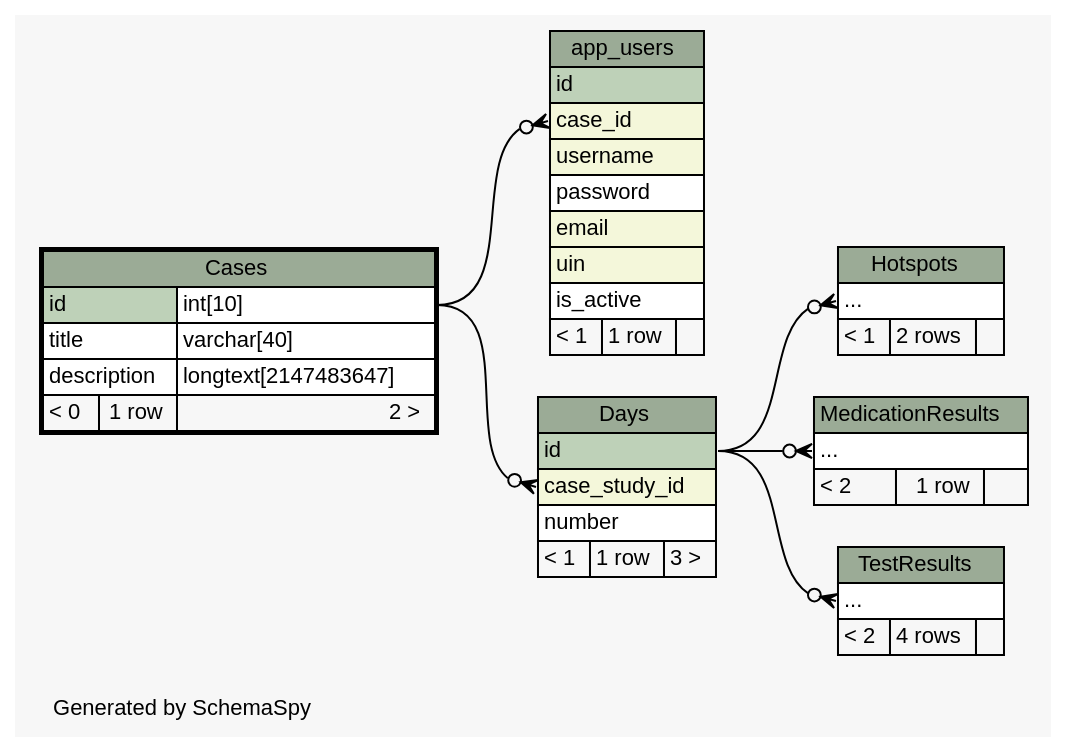
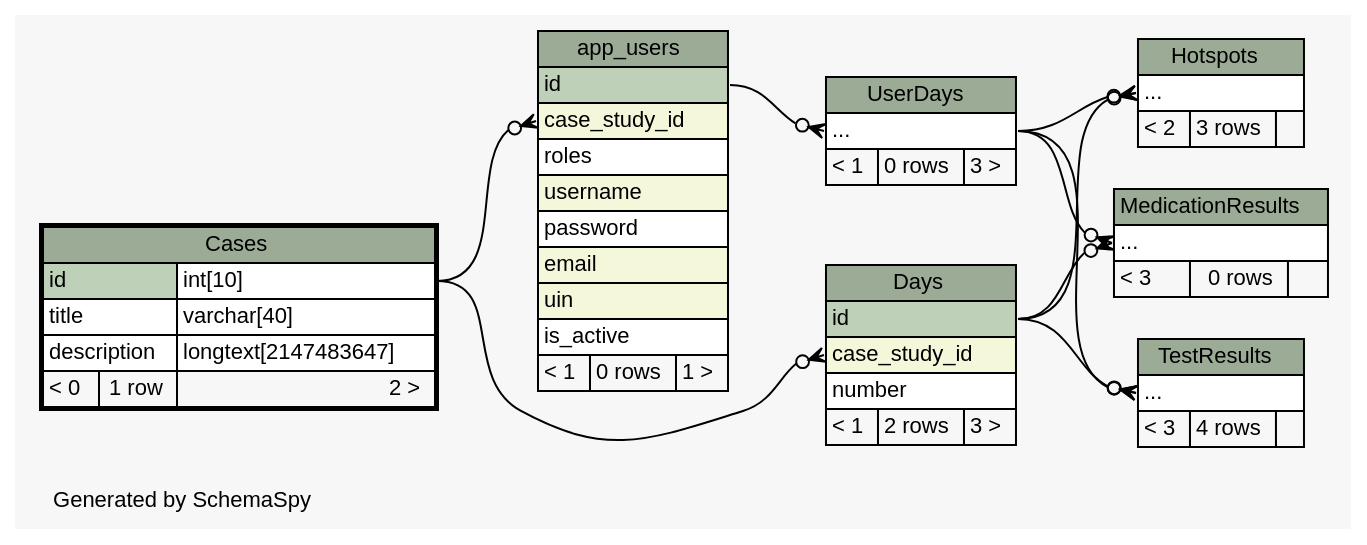
One commit to carrel2/CaseStudies changed the diagram in web/files/schema/diagrams/Cases.2degrees.dot. Above: the diagram before and after it, drawn with Graphviz. The commit also changed 88 other files, not shown here.

Commit message:
Add table to store user input, for use to compare with original case and review after completion

```diff
--- a/web/files/schema/diagrams/Cases.2degrees.dot
+++ b/web/files/schema/diagrams/Cases.2degrees.dot
@@ -1,97 +1,112 @@
-// dot 2.38.0 on Linux 4.4.0-62-generic
+// dot 2.38.0 on Linux 4.4.0-64-generic
 // SchemaSpy rev 590
 digraph "twoDegreesRelationshipsDiagram" {
   graph [
     rankdir="RL"
     bgcolor="#f7f7f7"
     label="\nGenerated by SchemaSpy"
     labeljust="l"
     nodesep="0.18"
     ranksep="0.46"
     fontname="Helvetica"
     fontsize="11"
   ];
   node [
     fontname="Helvetica"
     fontsize="11"
     shape="plaintext"
   ];
   edge [
     arrowsize="0.8"
   ];
-  "app_users":"case_id":w -> "Cases":"id.type":e [arrowhead=none dir=back arrowtail=crowodot];
+  "app_users":"case_study_id":w -> "Cases":"id.type":e [arrowhead=none dir=back arrowtail=crowodot];
   "Days":"case_study_id":w -> "Cases":"id.type":e [arrowhead=none dir=back arrowtail=crowodot];
   "Hotspots":"elipses":w -> "Days":"id":e [arrowhead=none dir=back arrowtail=crowodot];
+  "Hotspots":"elipses":w -> "UserDays":"elipses":e [arrowhead=none dir=back arrowtail=crowodot];
   "MedicationResults":"elipses":w -> "Days":"id":e [arrowhead=none dir=back arrowtail=crowodot];
+  "MedicationResults":"elipses":w -> "UserDays":"elipses":e [arrowhead=none dir=back arrowtail=crowodot];
   "TestResults":"elipses":w -> "Days":"id":e [arrowhead=none dir=back arrowtail=crowodot];
+  "TestResults":"elipses":w -> "UserDays":"elipses":e [arrowhead=none dir=back arrowtail=crowodot];
+  "UserDays":"elipses":w -> "app_users":"id":e [arrowhead=none dir=back arrowtail=crowodot];
   "app_users" [
     label=<
     <TABLE BORDER="0" CELLBORDER="1" CELLSPACING="0" BGCOLOR="#ffffff">
       <TR><TD COLSPAN="3" BGCOLOR="#9bab96" ALIGN="CENTER">app_users</TD></TR>
       <TR><TD PORT="id" COLSPAN="3" BGCOLOR="#bed1b8" ALIGN="LEFT">id</TD></TR>
-      <TR><TD PORT="case_id" COLSPAN="3" BGCOLOR="#f4f7da" ALIGN="LEFT">case_id</TD></TR>
+      <TR><TD PORT="case_study_id" COLSPAN="3" BGCOLOR="#f4f7da" ALIGN="LEFT">case_study_id</TD></TR>
+      <TR><TD PORT="roles" COLSPAN="3" ALIGN="LEFT">roles</TD></TR>
       <TR><TD PORT="username" COLSPAN="3" BGCOLOR="#f4f7da" ALIGN="LEFT">username</TD></TR>
       <TR><TD PORT="password" COLSPAN="3" ALIGN="LEFT">password</TD></TR>
       <TR><TD PORT="email" COLSPAN="3" BGCOLOR="#f4f7da" ALIGN="LEFT">email</TD></TR>
       <TR><TD PORT="uin" COLSPAN="3" BGCOLOR="#f4f7da" ALIGN="LEFT">uin</TD></TR>
       <TR><TD PORT="is_active" COLSPAN="3" ALIGN="LEFT">is_active</TD></TR>
-      <TR><TD ALIGN="LEFT" BGCOLOR="#f7f7f7">&lt; 1</TD><TD ALIGN="RIGHT" BGCOLOR="#f7f7f7">1 row</TD><TD ALIGN="RIGHT" BGCOLOR="#f7f7f7">  </TD></TR>
+      <TR><TD ALIGN="LEFT" BGCOLOR="#f7f7f7">&lt; 1</TD><TD ALIGN="RIGHT" BGCOLOR="#f7f7f7">0 rows</TD><TD ALIGN="RIGHT" BGCOLOR="#f7f7f7">1 &gt;</TD></TR>
     </TABLE>>
     URL="app_users.html"
     tooltip="app_users"
   ];
   "Cases" [
     label=<
     <TABLE BORDER="2" CELLBORDER="1" CELLSPACING="0" BGCOLOR="#ffffff">
       <TR><TD COLSPAN="3" BGCOLOR="#9bab96" ALIGN="CENTER">Cases</TD></TR>
       <TR><TD PORT="id" COLSPAN="2" BGCOLOR="#bed1b8" ALIGN="LEFT">id</TD><TD PORT="id.type" ALIGN="LEFT">int[10]</TD></TR>
       <TR><TD PORT="title" COLSPAN="2" ALIGN="LEFT">title</TD><TD PORT="title.type" ALIGN="LEFT">varchar[40]</TD></TR>
       <TR><TD PORT="description" COLSPAN="2" ALIGN="LEFT">description</TD><TD PORT="description.type" ALIGN="LEFT">longtext[2147483647]</TD></TR>
       <TR><TD ALIGN="LEFT" BGCOLOR="#f7f7f7">&lt; 0</TD><TD ALIGN="RIGHT" BGCOLOR="#f7f7f7">1 row</TD><TD ALIGN="RIGHT" BGCOLOR="#f7f7f7">2 &gt;</TD></TR>
     </TABLE>>
     URL="Cases.html"
     tooltip="Cases"
   ];
   "Days" [
     label=<
     <TABLE BORDER="0" CELLBORDER="1" CELLSPACING="0" BGCOLOR="#ffffff">
       <TR><TD COLSPAN="3" BGCOLOR="#9bab96" ALIGN="CENTER">Days</TD></TR>
       <TR><TD PORT="id" COLSPAN="3" BGCOLOR="#bed1b8" ALIGN="LEFT">id</TD></TR>
       <TR><TD PORT="case_study_id" COLSPAN="3" BGCOLOR="#f4f7da" ALIGN="LEFT">case_study_id</TD></TR>
       <TR><TD PORT="number" COLSPAN="3" ALIGN="LEFT">number</TD></TR>
-      <TR><TD ALIGN="LEFT" BGCOLOR="#f7f7f7">&lt; 1</TD><TD ALIGN="RIGHT" BGCOLOR="#f7f7f7">1 row</TD><TD ALIGN="RIGHT" BGCOLOR="#f7f7f7">3 &gt;</TD></TR>
+      <TR><TD ALIGN="LEFT" BGCOLOR="#f7f7f7">&lt; 1</TD><TD ALIGN="RIGHT" BGCOLOR="#f7f7f7">2 rows</TD><TD ALIGN="RIGHT" BGCOLOR="#f7f7f7">3 &gt;</TD></TR>
     </TABLE>>
     URL="Days.html"
     tooltip="Days"
   ];
   "Hotspots" [
     label=<
     <TABLE BORDER="0" CELLBORDER="1" CELLSPACING="0" BGCOLOR="#ffffff">
       <TR><TD COLSPAN="3" BGCOLOR="#9bab96" ALIGN="CENTER">Hotspots</TD></TR>
       <TR><TD PORT="elipses" COLSPAN="3" ALIGN="LEFT">...</TD></TR>
-      <TR><TD ALIGN="LEFT" BGCOLOR="#f7f7f7">&lt; 1</TD><TD ALIGN="RIGHT" BGCOLOR="#f7f7f7">2 rows</TD><TD ALIGN="RIGHT" BGCOLOR="#f7f7f7">  </TD></TR>
+      <TR><TD ALIGN="LEFT" BGCOLOR="#f7f7f7">&lt; 2</TD><TD ALIGN="RIGHT" BGCOLOR="#f7f7f7">3 rows</TD><TD ALIGN="RIGHT" BGCOLOR="#f7f7f7">  </TD></TR>
     </TABLE>>
     URL="Hotspots.html"
     tooltip="Hotspots"
   ];
   "MedicationResults" [
     label=<
     <TABLE BORDER="0" CELLBORDER="1" CELLSPACING="0" BGCOLOR="#ffffff">
       <TR><TD COLSPAN="3" BGCOLOR="#9bab96" ALIGN="CENTER">MedicationResults</TD></TR>
       <TR><TD PORT="elipses" COLSPAN="3" ALIGN="LEFT">...</TD></TR>
-      <TR><TD ALIGN="LEFT" BGCOLOR="#f7f7f7">&lt; 2</TD><TD ALIGN="RIGHT" BGCOLOR="#f7f7f7">1 row</TD><TD ALIGN="RIGHT" BGCOLOR="#f7f7f7">  </TD></TR>
+      <TR><TD ALIGN="LEFT" BGCOLOR="#f7f7f7">&lt; 3</TD><TD ALIGN="RIGHT" BGCOLOR="#f7f7f7">0 rows</TD><TD ALIGN="RIGHT" BGCOLOR="#f7f7f7">  </TD></TR>
     </TABLE>>
     URL="MedicationResults.html"
     tooltip="MedicationResults"
   ];
   "TestResults" [
     label=<
     <TABLE BORDER="0" CELLBORDER="1" CELLSPACING="0" BGCOLOR="#ffffff">
       <TR><TD COLSPAN="3" BGCOLOR="#9bab96" ALIGN="CENTER">TestResults</TD></TR>
       <TR><TD PORT="elipses" COLSPAN="3" ALIGN="LEFT">...</TD></TR>
-      <TR><TD ALIGN="LEFT" BGCOLOR="#f7f7f7">&lt; 2</TD><TD ALIGN="RIGHT" BGCOLOR="#f7f7f7">4 rows</TD><TD ALIGN="RIGHT" BGCOLOR="#f7f7f7">  </TD></TR>
+      <TR><TD ALIGN="LEFT" BGCOLOR="#f7f7f7">&lt; 3</TD><TD ALIGN="RIGHT" BGCOLOR="#f7f7f7">4 rows</TD><TD ALIGN="RIGHT" BGCOLOR="#f7f7f7">  </TD></TR>
     </TABLE>>
     URL="TestResults.html"
     tooltip="TestResults"
   ];
+  "UserDays" [
+    label=<
+    <TABLE BORDER="0" CELLBORDER="1" CELLSPACING="0" BGCOLOR="#ffffff">
+      <TR><TD COLSPAN="3" BGCOLOR="#9bab96" ALIGN="CENTER">UserDays</TD></TR>
+      <TR><TD PORT="elipses" COLSPAN="3" ALIGN="LEFT">...</TD></TR>
+      <TR><TD ALIGN="LEFT" BGCOLOR="#f7f7f7">&lt; 1</TD><TD ALIGN="RIGHT" BGCOLOR="#f7f7f7">0 rows</TD><TD ALIGN="RIGHT" BGCOLOR="#f7f7f7">3 &gt;</TD></TR>
+    </TABLE>>
+    URL="UserDays.html"
+    tooltip="UserDays"
+  ];
 }
```
